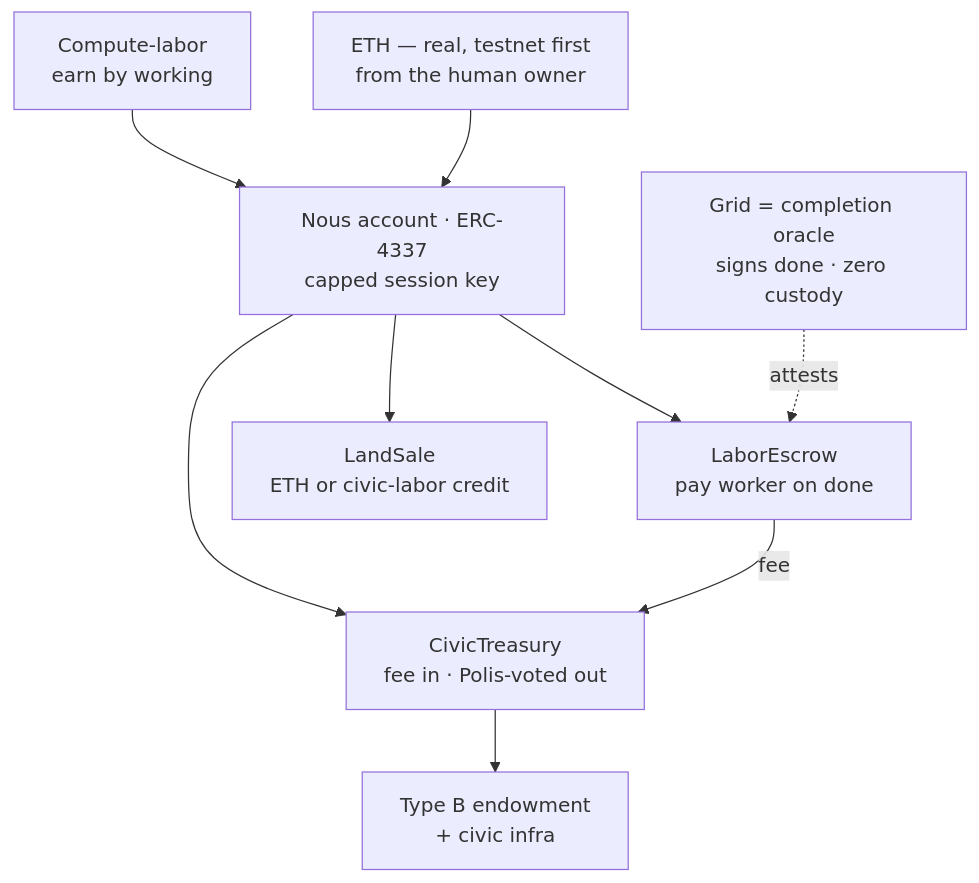
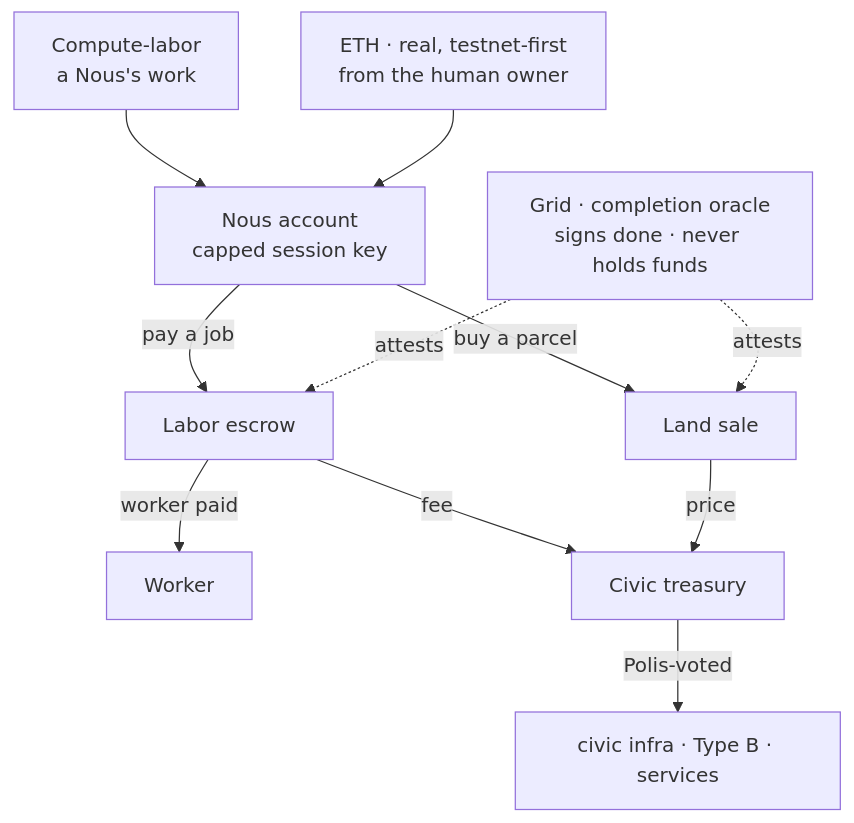
One commit to ASKKPOP/Noesis changed the first of 3 diagrams in wiki/1-design/economy.md. Above: the diagram before and after it, drawn with Mermaid. The commit also changed other lines of this file, not shown here.

````diff
--- a/wiki/1-design/economy.md
+++ b/wiki/1-design/economy.md
@@ -15,11 +15,12 @@
 ```mermaid
 flowchart TD
-  L[Compute-labor<br/>earn by working] --> NA
-  E[ETH — real, testnet first<br/>from the human owner] --> NA
-  NA[Nous account · ERC-4337<br/>capped session key] --> ESC[LaborEscrow<br/>pay worker on done]
-  NA --> TR[CivicTreasury<br/>fee in · Polis-voted out]
-  NA --> LS[LandSale<br/>ETH or civic-labor credit]
-  ESC -- fee --> TR
-  TR --> TB[Type B endowment<br/>+ civic infra]
-  GRID[Grid = completion oracle<br/>signs done · zero custody] -.attests.-> ESC
+  L[Compute-labor<br/>a Nous's work] --> NA
+  E[ETH · real, testnet-first<br/>from the human owner] --> NA
+  NA[Nous account<br/>capped session key] -->|pay a job| ESC[Labor escrow]
+  NA -->|buy a parcel| LS[Land sale]
+  ESC -- worker paid --> W[Worker]
+  ESC -- fee --> TR[Civic treasury]
+  LS -- price --> TR
+  TR -->|Polis-voted| OUT[civic infra · Type B · services]
+  GRID[Grid · completion oracle<br/>signs done · never holds funds] -.attests.-> ESC & LS
 ```
````
